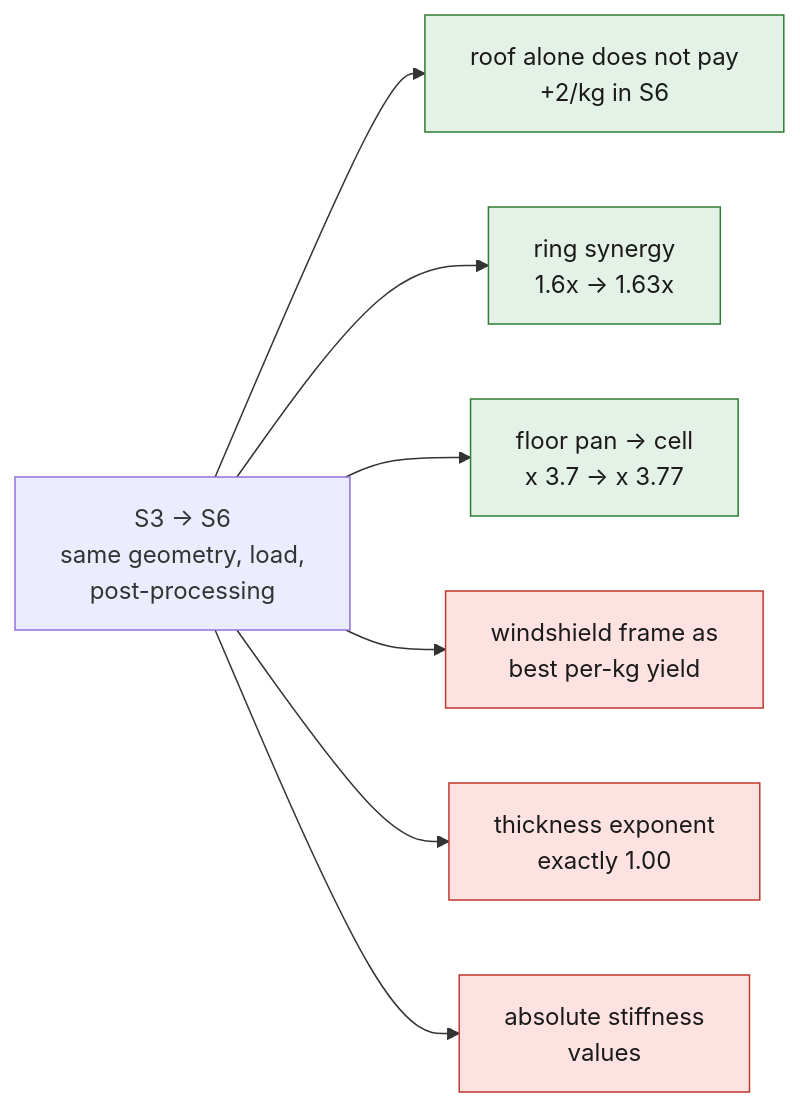
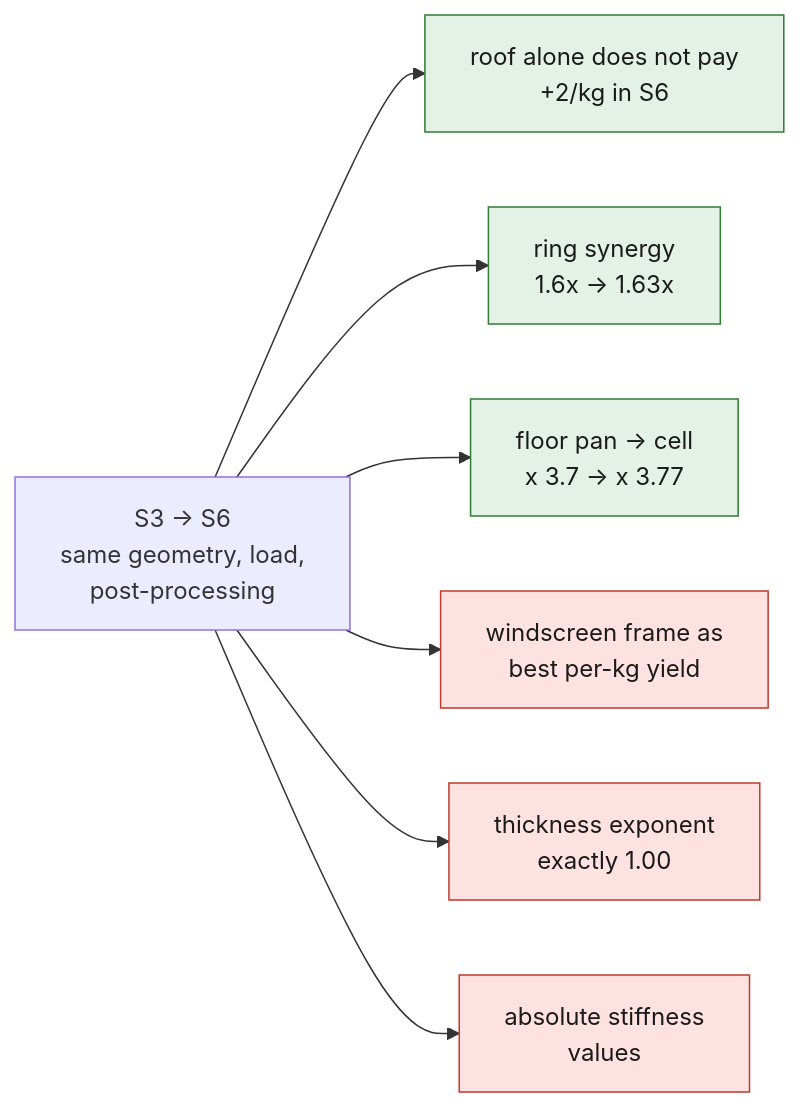
The diagram in twins/964-chassis/fea/README.md (cluster2600/porscheparts), drawn with Mermaid before and after one commit. The commit also changed other lines of this file and 480 other files, not shown here.

````diff
--- a/twins/964-chassis/fea/README.md
+++ b/twins/964-chassis/fea/README.md
@@ -455,14 +455,14 @@
 ```mermaid
 flowchart LR
   C["S3 → S6<br/>same geometry, load,<br/>post-processing"]
   C --> T1["roof alone does not pay<br/>+2/kg in S6"]
   C --> T2["ring synergy<br/>1.6x → 1.63x"]
   C --> T3["floor pan → cell<br/>x 3.7 → x 3.77"]
-  C --> F1["windshield frame as<br/>best per-kg yield"]
+  C --> F1["windscreen frame as<br/>best per-kg yield"]
   C --> F2["thickness exponent<br/>exactly 1.00"]
   C --> F3["absolute stiffness<br/>values"]
   classDef stop fill:#fde2e1,stroke:#c0392b,color:#1a1a1a;
   classDef ok fill:#e3f1e6,stroke:#2e7d32,color:#1a1a1a;
   class T1,T2,T3 ok;
   class F1,F2,F3 stop;
 ```
````
